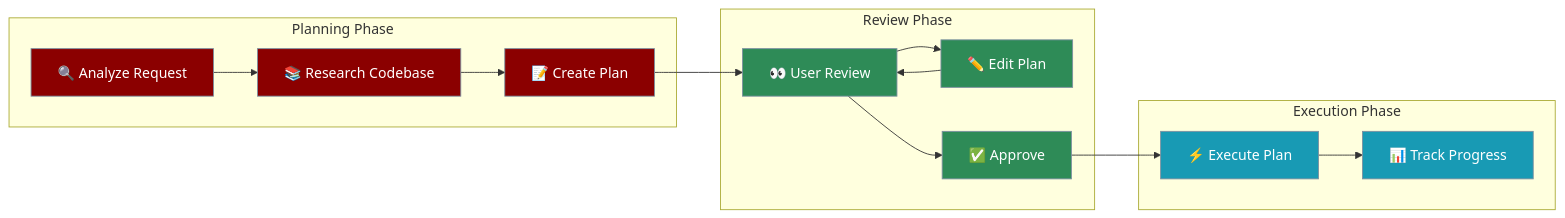
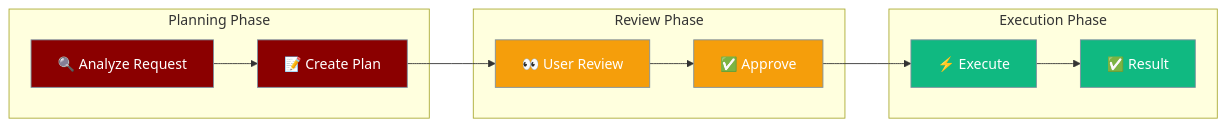
The first of 2 diagrams in docs/features/planning-mode.mdx (MervinPraison/PraisonAIDocs), drawn with Mermaid before and after one commit. The commit also changed other lines of this file and 5 other files, not shown here.

````diff
--- a/docs/features/planning-mode.mdx
+++ b/docs/features/planning-mode.mdx
@@ -11,36 +10,32 @@
 ```mermaid
 graph LR
     subgraph "Planning Phase"
         ANALYZE["🔍 Analyze Request"]
-        RESEARCH["📚 Research Codebase"]
         PLAN["📝 Create Plan"]
     end
-    
+
     subgraph "Review Phase"
         REVIEW["👀 User Review"]
-        EDIT["✏️ Edit Plan"]
         APPROVE["✅ Approve"]
     end
-    
+
     subgraph "Execution Phase"
-        EXECUTE["⚡ Execute Plan"]
-        TRACK["📊 Track Progress"]
+        EXECUTE["⚡ Execute"]
+        RESULT["✅ Result"]
     end
-    
-    ANALYZE --> RESEARCH
-    RESEARCH --> PLAN
+
+    ANALYZE --> PLAN
     PLAN --> REVIEW
-    REVIEW --> EDIT
-    EDIT --> REVIEW
     REVIEW --> APPROVE
     APPROVE --> EXECUTE
-    EXECUTE --> TRACK
-    
-    classDef planning fill:#8B0000,stroke:#7C90A0,color:#fff
-    classDef review fill:#2E8B57,stroke:#7C90A0,color:#fff
-    classDef exec fill:#189AB4,stroke:#7C90A0,color:#fff
-    
-    class ANALYZE,RESEARCH,PLAN planning
-    class REVIEW,EDIT,APPROVE review
-    class EXECUTE,TRACK exec
+    EXECUTE --> RESULT
+
+    classDef agent fill:#8B0000,stroke:#7C90A0,color:#fff
+    classDef process fill:#F59E0B,stroke:#7C90A0,color:#fff
+    classDef success fill:#10B981,stroke:#7C90A0,color:#fff
+    classDef config fill:#6366F1,stroke:#7C90A0,color:#fff
+
+    class ANALYZE,PLAN agent
+    class REVIEW,APPROVE process
+    class EXECUTE,RESULT success
 ```
````
